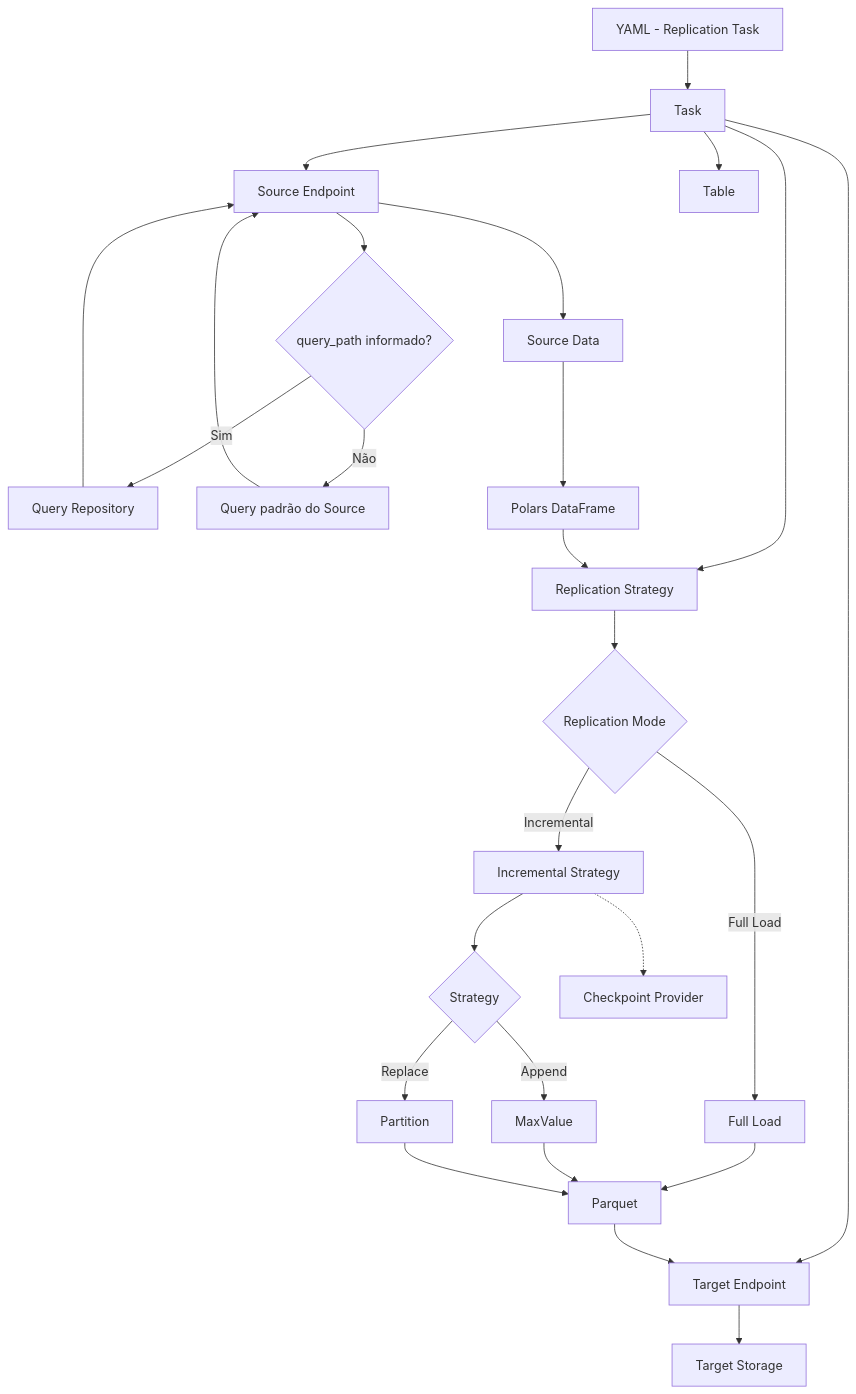
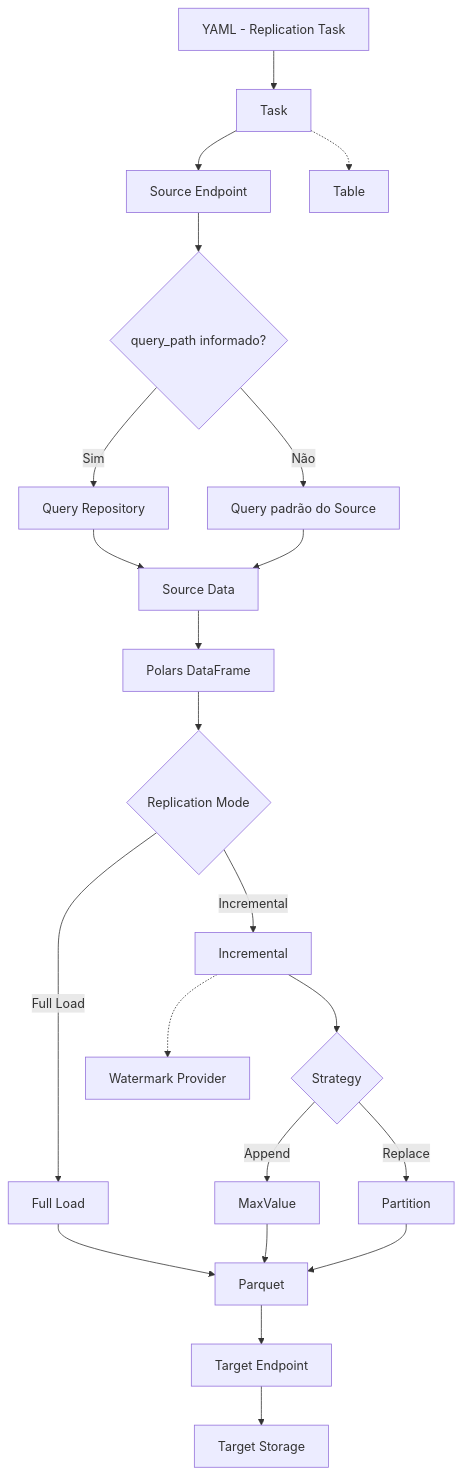
One commit to Vinicius-Luiz/metro changed the diagram in MANIFEST.md. Above: the diagram before and after it, drawn with Mermaid. The commit also changed other lines of this file and 2 other files, not shown here.

Commit message:
docs/add-cursorrules

````diff
--- a/MANIFEST.md
+++ b/MANIFEST.md
@@ -5,41 +5,32 @@
 ```mermaid
 flowchart TD
-    A[YAML - Replication Task] --> B[Task]
+    YAML[YAML - Replication Task] --> Task[Task]
 
-    B --> C[Source Endpoint]
-    B --> D[Table]
-    B --> E[Target Endpoint]
-    B --> F[Replication Strategy]
+    Task --> Source[Source Endpoint]
+    Task -.-> Table[Table]
 
-    C --> G{query_path informado?}
+    Source --> QP{query_path informado?}
+    QP -->|Sim| QR[Query Repository]
+    QP -->|Não| DefQ[Query padrão do Source]
 
-    G -->|Sim| H[Query Repository]
-    G -->|Não| I[Query padrão do Source]
+    QR --> Data[Source Data]
+    DefQ --> Data
 
-    H --> C
-    I --> C
+    Data --> Polars[Polars DataFrame]
 
-    C --> J[Source Data]
-    J --> K[Polars DataFrame]
+    Polars --> Mode{Replication Mode}
+    Mode -->|Full Load| FL[Full Load]
+    Mode -->|Incremental| INC[Incremental]
 
-    K --> F
+    INC --> Strat{Strategy}
+    Strat -->|Append| MV[MaxValue]
+    Strat -->|Replace| PT[Partition]
+    INC -.-> CP[Watermark Provider]
 
-    F --> L{Replication Mode}
+    FL --> PQ[Parquet]
+    MV --> PQ
+    PT --> PQ
 
-    L -->|Full Load| M[Full Load]
-    L -->|Incremental| N[Incremental Strategy]
-
-    N --> O{Strategy}
-
-    O -->|Append| P[MaxValue]
-    O -->|Replace| Q[Partition]
-
-    M --> R[Parquet]
-    P --> R
-    Q --> R
-
-    R --> E
-    E --> S[Target Storage]
-
-    N -.-> T[Checkpoint Provider]
+    PQ --> Target[Target Endpoint]
+    Target --> Storage[Target Storage]
 ```
````
